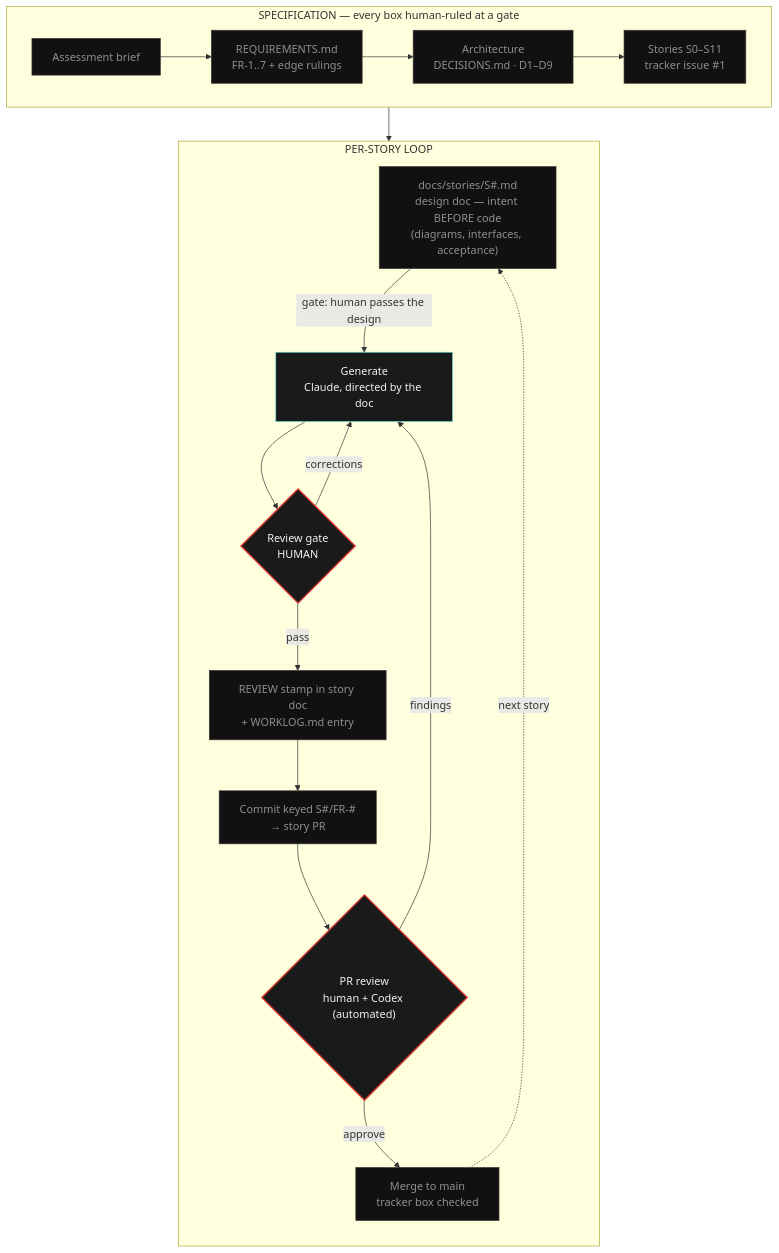
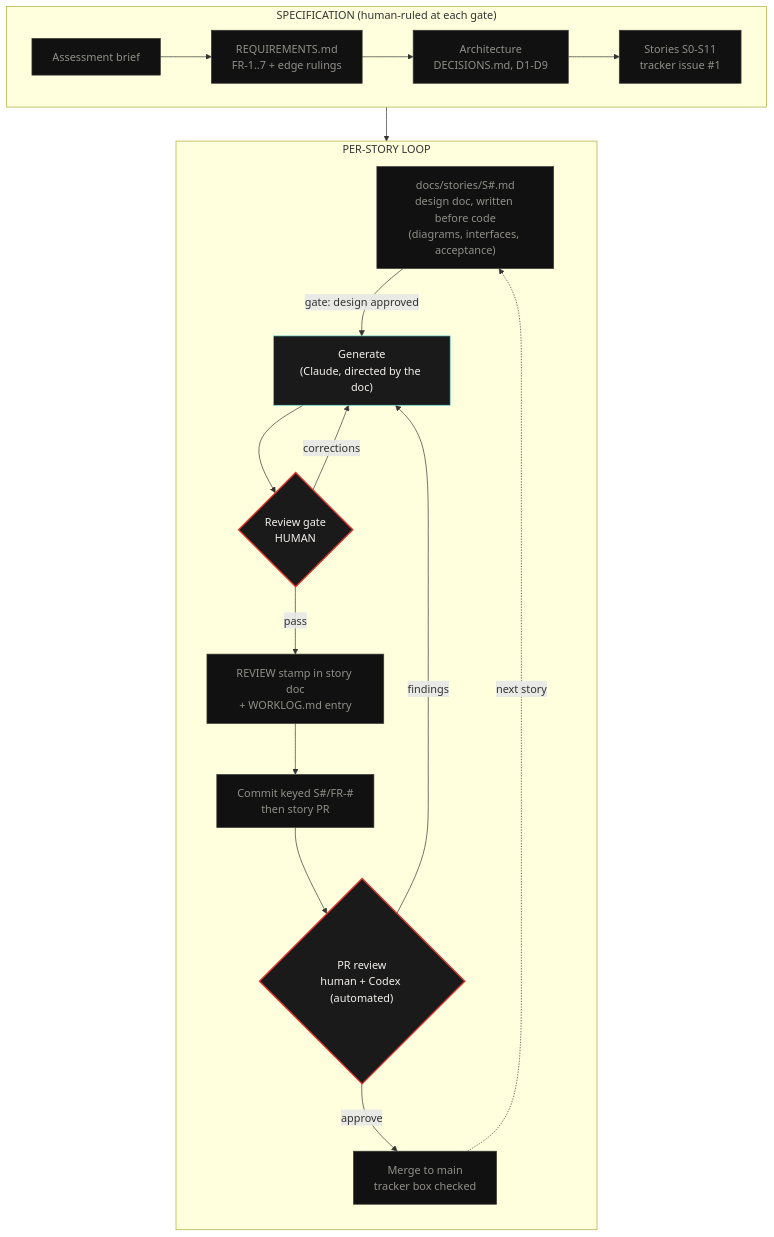
The diagram in README.md (ayfor/sentinel), drawn with Mermaid before and after one commit. The commit also changed other lines of this file, not shown here.

````diff
--- a/README.md
+++ b/README.md
@@ -25,32 +25,32 @@
 ```mermaid
 flowchart TB
-    subgraph SPEC["SPECIFICATION — every box human-ruled at a gate"]
+    subgraph SPEC["SPECIFICATION (human-ruled at each gate)"]
         direction LR
         A["Assessment brief"] --> B["REQUIREMENTS.md<br/>FR-1..7 + edge rulings"]
-        B --> C["Architecture<br/>DECISIONS.md · D1–D9"]
-        C --> D["Stories S0–S11<br/>tracker issue #1"]
+        B --> C["Architecture<br/>DECISIONS.md, D1-D9"]
+        C --> D["Stories S0-S11<br/>tracker issue #1"]
     end
 
     subgraph LOOP["PER-STORY LOOP"]
         direction TB
-        E["docs/stories/S#.md<br/>design doc — intent BEFORE code<br/>(diagrams, interfaces, acceptance)"]
-        E -->|"gate: human passes the design"| F["Generate<br/>Claude, directed by the doc"]
+        E["docs/stories/S#.md<br/>design doc, written before code<br/>(diagrams, interfaces, acceptance)"]
+        E -->|"gate: design approved"| F["Generate<br/>(Claude, directed by the doc)"]
         F --> G{"Review gate<br/>HUMAN"}
         G -->|"corrections"| F
         G -->|"pass"| H["REVIEW stamp in story doc<br/>+ WORKLOG.md entry"]
-        H --> I["Commit keyed S#/FR-#<br/>→ story PR"]
+        H --> I["Commit keyed S#/FR-#<br/>then story PR"]
         I --> J{"PR review<br/>human + Codex (automated)"}
         J -->|"findings"| F
         J -->|"approve"| K["Merge to main<br/>tracker box checked"]
     end
 
     D --> E
     K -.->|"next story"| E
 
     classDef human fill:#1a1a1a,stroke:#e0362f,stroke-width:2px,color:#f2f0ec
     classDef ai fill:#1a1a1a,stroke:#69e0db,stroke-width:1px,color:#f2f0ec
     classDef artifact fill:#111,stroke:#3b3a36,stroke-width:1px,color:#908f89
     class G,J human
     class F ai
     class A,B,C,D,E,H,I,K artifact
 ```
````
